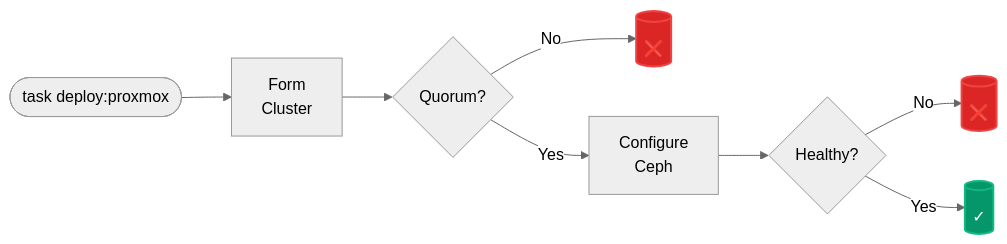
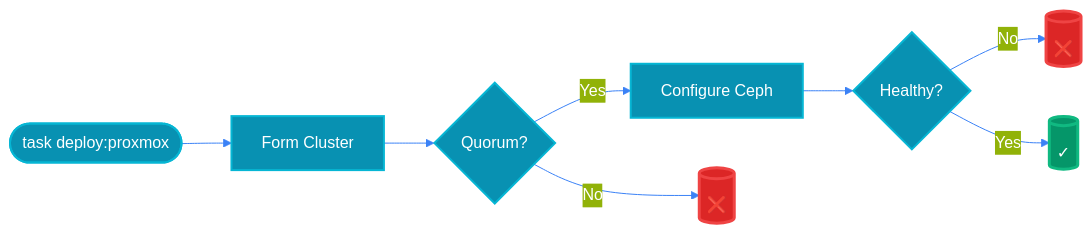
One commit to syscode-labs/oci-free-tier-manager changed the fourth of 5 diagrams in docs/ARCHITECTURE-DIAGRAMS.md. Above: the diagram before and after it, drawn with Mermaid. The commit also changed other lines of this file and 2 other files, not shown here.

First line of the commit message:
fix: rewrite diagrams with explicit white text styling

````diff
--- a/docs/ARCHITECTURE-DIAGRAMS.md
+++ b/docs/ARCHITECTURE-DIAGRAMS.md
@@ -153,19 +108,27 @@
 ```mermaid
----
-config:
-  theme: neutral
----
+%%{init: {'theme':'base', 'themeVariables': { 'primaryColor':'#0891b2','primaryTextColor':'#fff','primaryBorderColor':'#06b6d4','lineColor':'#3b82f6','textColor':'#fff'}}}%%
 flowchart LR
-    Start(["task deploy:proxmox"]) --> Cluster["Form<br/>Cluster"]
-    Cluster --> Check1{"Quorum?"}
-    Check1 -->|No| Fail1[("❌")]
-    Check1 -->|Yes| Ceph["Configure<br/>Ceph"]
-    Ceph --> Check2{"Healthy?"}
-    Check2 -->|No| Fail2[("❌")]
-    Check2 -->|Yes| Done[("✓")]
+    Start(["task deploy:proxmox"])
+    Cluster["Form Cluster"]
+    Check1{"Quorum?"}
+    Ceph["Configure Ceph"]
+    Check2{"Healthy?"}
+    Fail1[("❌")]
+    Fail2[("❌")]
+    Done[("✓")]
     
-    classDef success fill:#059669,stroke:#10b981,stroke-width:2px,color:#fff
-    classDef error fill:#dc2626,stroke:#ef4444,stroke-width:2px,color:#fff
-    class Done success
-    class Fail1,Fail2 error
+    Start --> Cluster --> Check1
+    Check1 -->|No| Fail1
+    Check1 -->|Yes| Ceph --> Check2
+    Check2 -->|No| Fail2
+    Check2 -->|Yes| Done
+    
+    style Start fill:#0891b2,stroke:#06b6d4,stroke-width:2px,color:#fff
+    style Cluster fill:#0891b2,stroke:#06b6d4,stroke-width:2px,color:#fff
+    style Check1 fill:#0891b2,stroke:#06b6d4,stroke-width:2px,color:#fff
+    style Ceph fill:#0891b2,stroke:#06b6d4,stroke-width:2px,color:#fff
+    style Check2 fill:#0891b2,stroke:#06b6d4,stroke-width:2px,color:#fff
+    style Fail1 fill:#dc2626,stroke:#ef4444,stroke-width:3px,color:#fff
+    style Fail2 fill:#dc2626,stroke:#ef4444,stroke-width:3px,color:#fff
+    style Done fill:#059669,stroke:#10b981,stroke-width:3px,color:#fff
 ```
````
